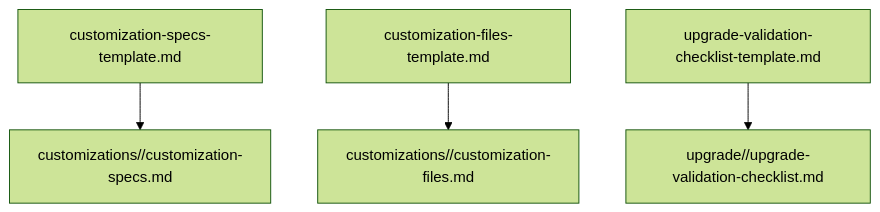
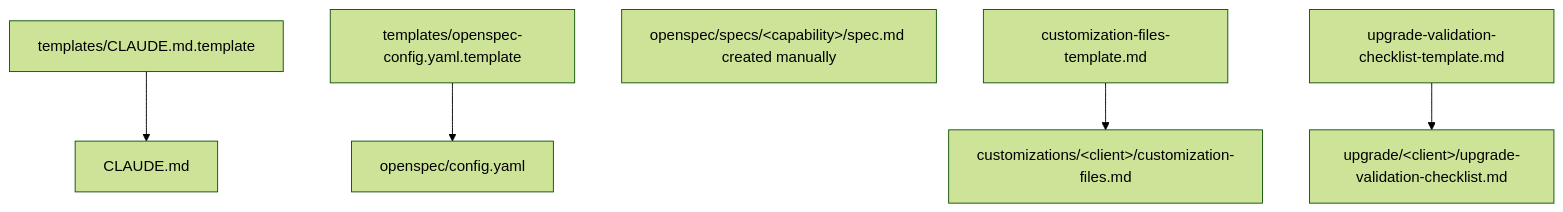
One commit to Simprints/dhis2-gg2-android-capture-app changed the second of 6 diagrams in eyeseetea-docs/README.md. Above: the diagram before and after it, drawn with Mermaid (forest theme). The commit also changed other lines of this file and 19 other files, not shown here.

````diff
--- a/eyeseetea-docs/README.md
+++ b/eyeseetea-docs/README.md
@@ -57,6 +60,8 @@
 ```mermaid
 flowchart TD
-    templateSpecs[customization-specs-template.md] --> clientSpecs[customizations/<client>/customization-specs.md]
-    templateFiles[customization-files-template.md] --> clientFiles[customizations/<client>/customization-files.md]
-    templateChecklist[upgrade-validation-checklist-template.md] --> clientChecklist[upgrade/<client>/upgrade-validation-checklist.md]
+    claudeTemplate[templates/CLAUDE.md.template] --> claudeMd[CLAUDE.md]
+    openspecTemplate[templates/openspec-config.yaml.template] --> openspecConfig[openspec/config.yaml]
+    clientSpecs[openspec/specs/&lt;capability&gt;/spec.md created manually]
+    templateFiles[customization-files-template.md] --> clientFiles[customizations/&lt;client&gt;/customization-files.md]
+    templateChecklist[upgrade-validation-checklist-template.md] --> clientChecklist[upgrade/&lt;client&gt;/upgrade-validation-checklist.md]
 ```
````
